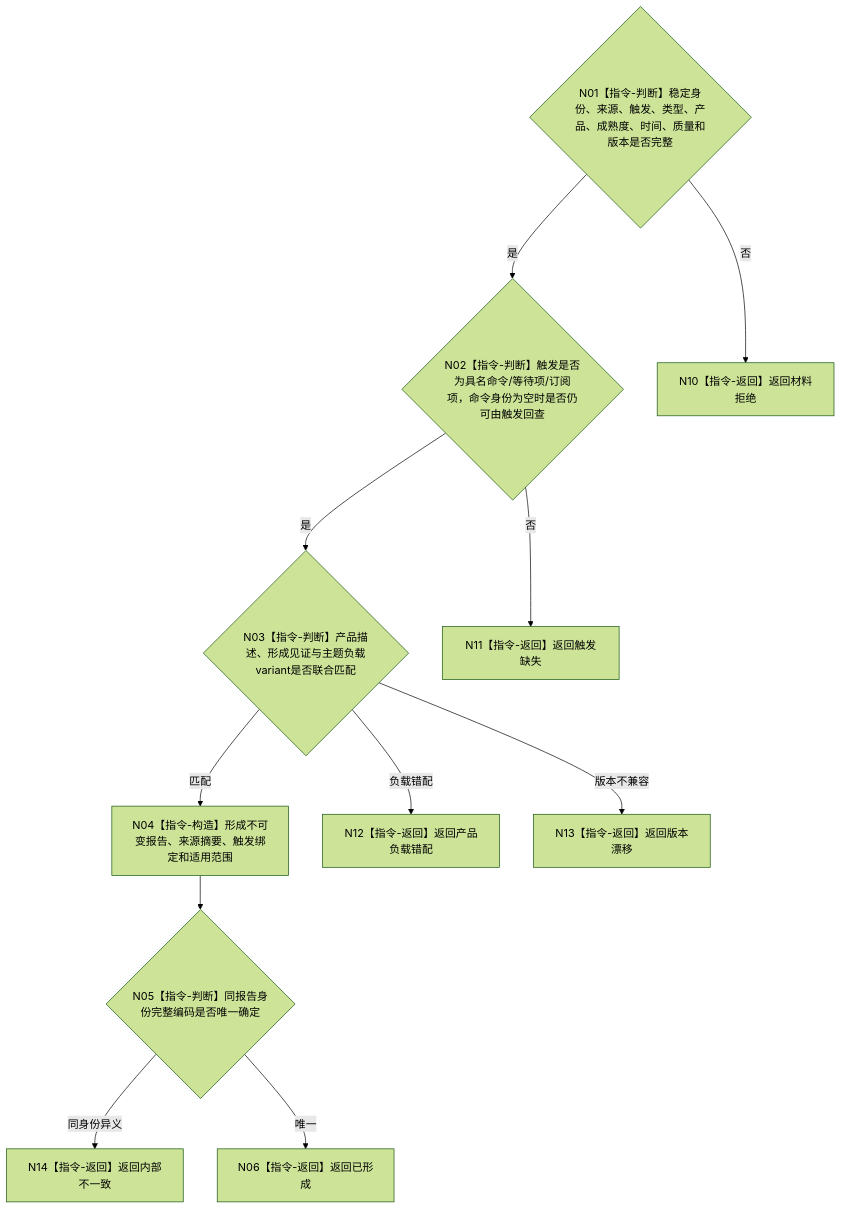
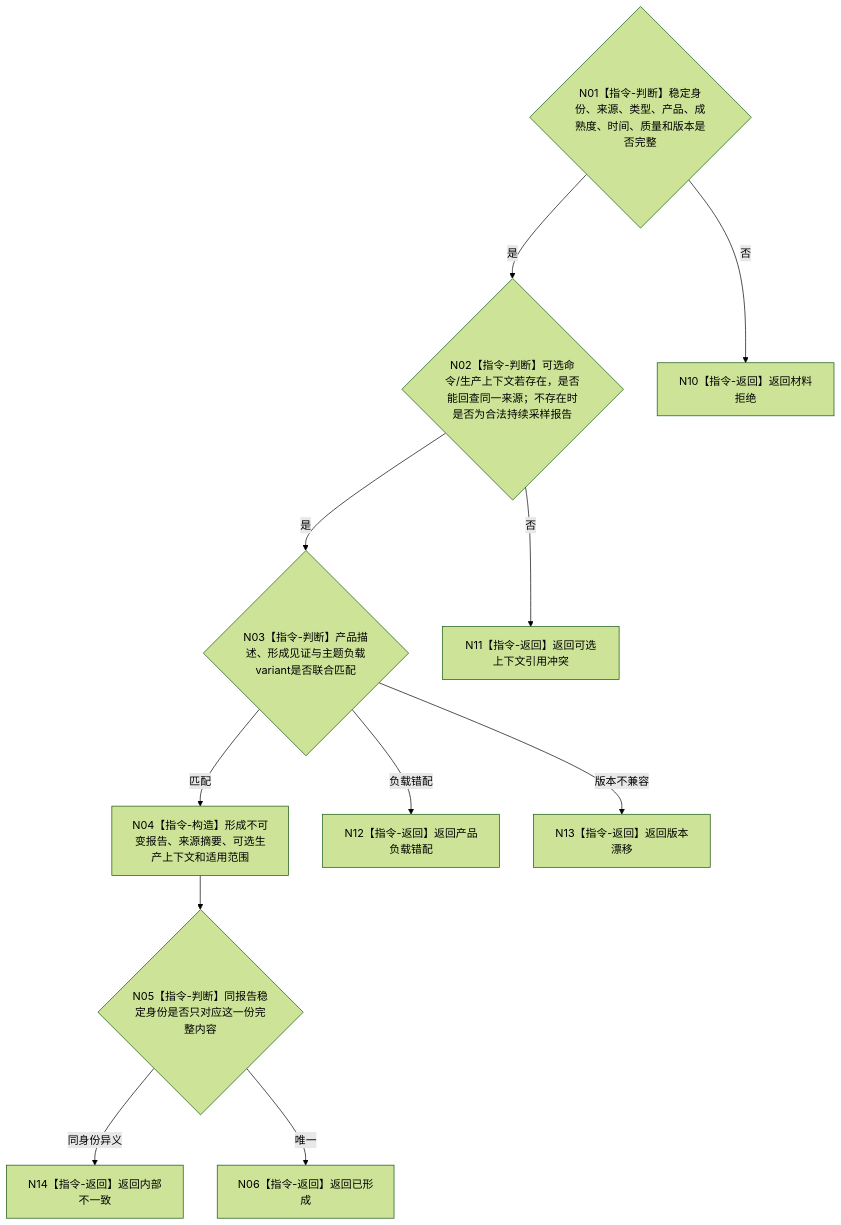
The diagram in 流程图/目标业务流程图/L3/BIZ-L3-006-03-04_构造强类型外设报告_目标函数流程图_v0.2.md (chunhaizh-cyber/HY-Ego), drawn with Mermaid (forest theme) before and after one commit. The commit also changed other lines of this file and 20 other files, not shown here.

````diff
--- a/流程图/目标业务流程图/L3/BIZ-L3-006-03-04_构造强类型外设报告_目标函数流程图_v0.2.md
+++ b/流程图/目标业务流程图/L3/BIZ-L3-006-03-04_构造强类型外设报告_目标函数流程图_v0.2.md
@@ -30,24 +30,24 @@
 ```mermaid
 flowchart TD
-    N01{"N01【指令-判断】稳定身份、来源、触发、类型、产品、成熟度、时间、质量和版本是否完整"}
-    N02{"N02【指令-判断】触发是否为具名命令/等待项/订阅项，命令身份为空时是否仍可由触发回查"}
+    N01{"N01【指令-判断】稳定身份、来源、类型、产品、成熟度、时间、质量和版本是否完整"}
+    N02{"N02【指令-判断】可选命令/生产上下文若存在，是否能回查同一来源；不存在时是否为合法持续采样报告"}
     N03{"N03【指令-判断】产品描述、形成见证与主题负载variant是否联合匹配"}
-    N04["N04【指令-构造】形成不可变报告、来源摘要、触发绑定和适用范围"]
-    N05{"N05【指令-判断】同报告身份完整编码是否唯一确定"}
+    N04["N04【指令-构造】形成不可变报告、来源摘要、可选生产上下文和适用范围"]
+    N05{"N05【指令-判断】同报告稳定身份是否只对应这一份完整内容"}
     N06["N06【指令-返回】返回已形成"]
     N10["N10【指令-返回】返回材料拒绝"]
-    N11["N11【指令-返回】返回触发缺失"]
+    N11["N11【指令-返回】返回可选上下文引用冲突"]
     N12["N12【指令-返回】返回产品负载错配"]
     N13["N13【指令-返回】返回版本漂移"]
     N14["N14【指令-返回】返回内部不一致"]
 
     N01 -->|否| N10
     N01 -->|是| N02
     N02 -->|否| N11
     N02 -->|是| N03
     N03 -->|负载错配| N12
     N03 -->|版本不兼容| N13
     N03 -->|匹配| N04 --> N05
     N05 -->|同身份异义| N14
     N05 -->|唯一| N06
 ```
````
